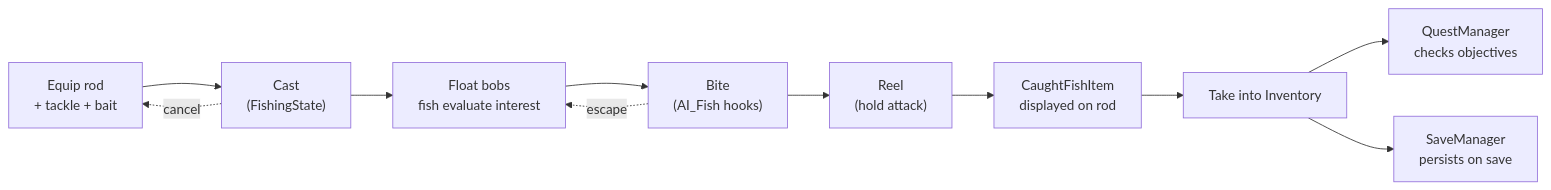
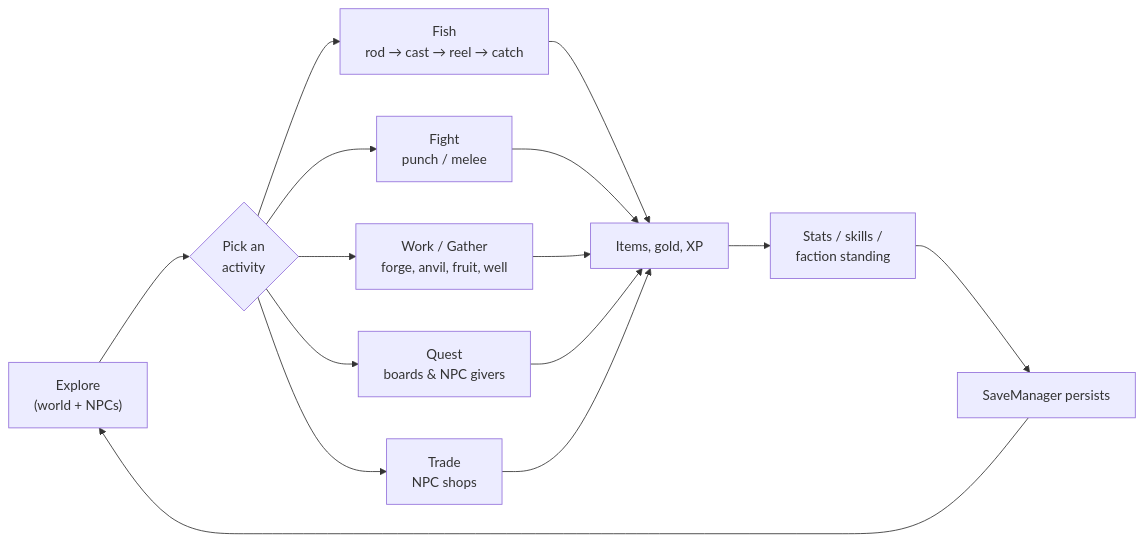
The diagram in README.md (SolAuror/FishBox), drawn with Mermaid before and after one commit. The commit also changed other lines of this file and 74 other files, not shown here.

Commit message:
Initial commit of combat scripts, very work in progress no animations

````diff
--- a/README.md
+++ b/README.md
@@ -45,13 +51,17 @@
 ```mermaid
 flowchart LR
-    Equip["Equip rod<br/>+ tackle + bait"] --> Cast["Cast<br/>(FishingState)"]
-    Cast --> Wait["Float bobs<br/>fish evaluate interest"]
-    Wait --> Bite["Bite<br/>(AI_Fish hooks)"]
-    Bite --> Reel["Reel<br/>(hold attack)"]
-    Reel --> Catch["CaughtFishItem<br/>displayed on rod"]
-    Catch --> Inv["Take into Inventory"]
-    Inv --> Quest["QuestManager<br/>checks objectives"]
-    Inv --> Save["SaveManager<br/>persists on save"]
-    Bite -.escape.-> Wait
-    Cast -.cancel.-> Equip
+    Explore["Explore<br/>(world + NPCs)"] --> Choose{"Pick an<br/>activity"}
+    Choose --> Fish["Fish<br/>rod → cast → reel → catch"]
+    Choose --> Fight["Fight<br/>punch / melee"]
+    Choose --> Work["Work / Gather<br/>forge, anvil, fruit, well"]
+    Choose --> Quest["Quest<br/>boards & NPC givers"]
+    Choose --> Trade["Trade<br/>NPC shops"]
+    Fish --> Loot["Items, gold, XP"]
+    Fight --> Loot
+    Work --> Loot
+    Quest --> Loot
+    Trade --> Loot
+    Loot --> Progress["Stats / skills /<br/>faction standing"]
+    Progress --> Save["SaveManager persists"]
+    Save --> Explore
 ```
````
